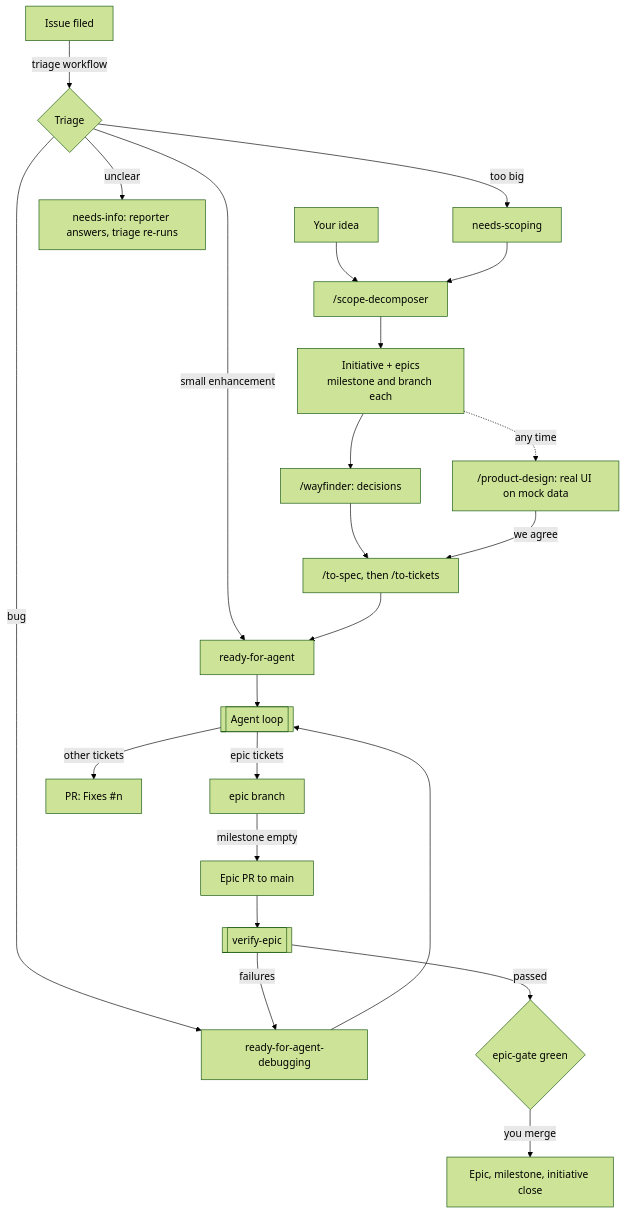
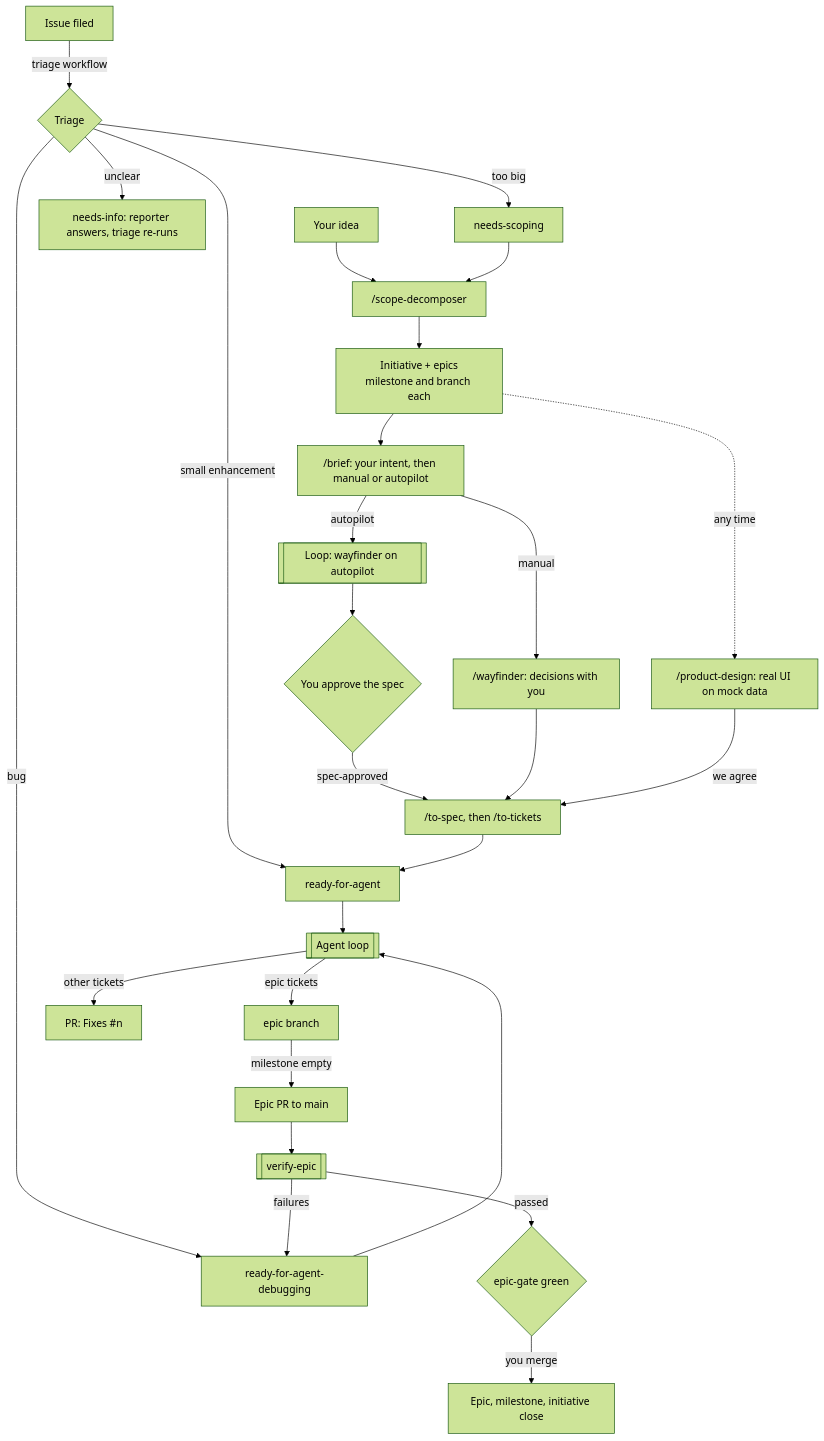
One commit to imick-io/skills changed the diagram in docs/workflow.md. Above: the diagram before and after it, drawn with Mermaid (forest theme). The commit also changed other lines of this file and 15 other files, not shown here.

First line of the commit message:
/brief, and autopilot as a per-epic label (#14)

````diff
--- a/docs/workflow.md
+++ b/docs/workflow.md
@@ -5,25 +7,29 @@
 ```mermaid
 flowchart TD
   I[Issue filed] -->|triage workflow| T{Triage}
   T -->|small enhancement| RA[ready-for-agent]
   T -->|bug| RB[ready-for-agent-debugging]
   T -->|too big| NS[needs-scoping]
   T -->|unclear| NI["needs-info: reporter answers, triage re-runs"]
   Idea[Your idea] --> SD
   NS --> SD["/scope-decomposer"]
   SD --> E["Initiative + epics<br/>milestone and branch each"]
-  E --> W["/wayfinder: decisions"]
+  E --> B["/brief: your intent, then manual or autopilot"]
+  B -->|manual| W["/wayfinder: decisions with you"]
+  B -->|autopilot| WA[["Loop: wayfinder on autopilot"]]
+  WA --> SR{"You approve the spec"}
+  SR -->|spec-approved| SP
   E -. any time .-> PD["/product-design: real UI on mock data"]
   W --> SP["/to-spec, then /to-tickets"]
   PD -->|we agree| SP
   SP --> RA
   RA --> L[[Agent loop]]
   RB --> L
   L -->|epic tickets| EB[epic branch]
   L -->|other tickets| PR1["PR: Fixes #n"]
   EB -->|milestone empty| EPR[Epic PR to main]
   EPR --> V[[verify-epic]]
   V -->|failures| RB
   V -->|passed| G{epic-gate green}
   G -->|you merge| C[Epic, milestone, initiative close]
 ```
````
